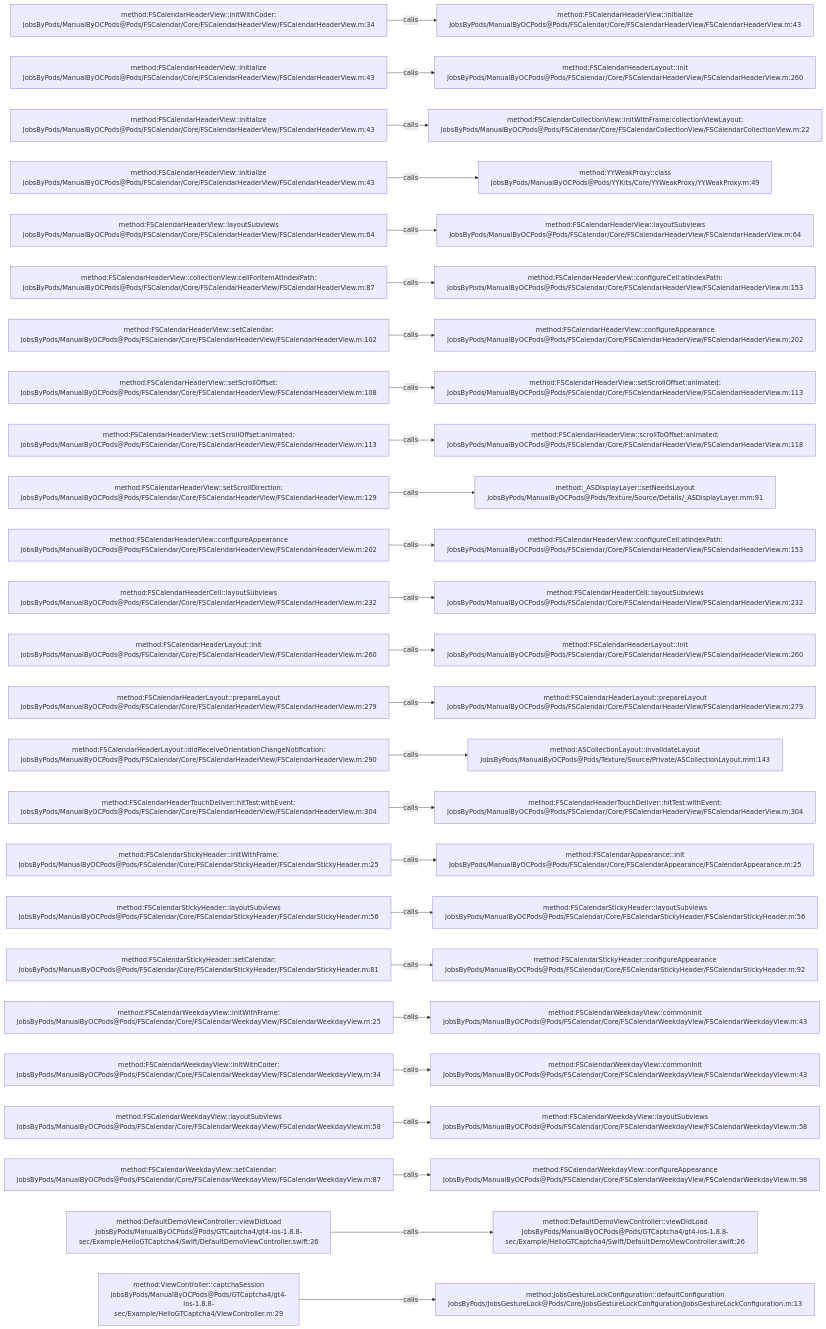
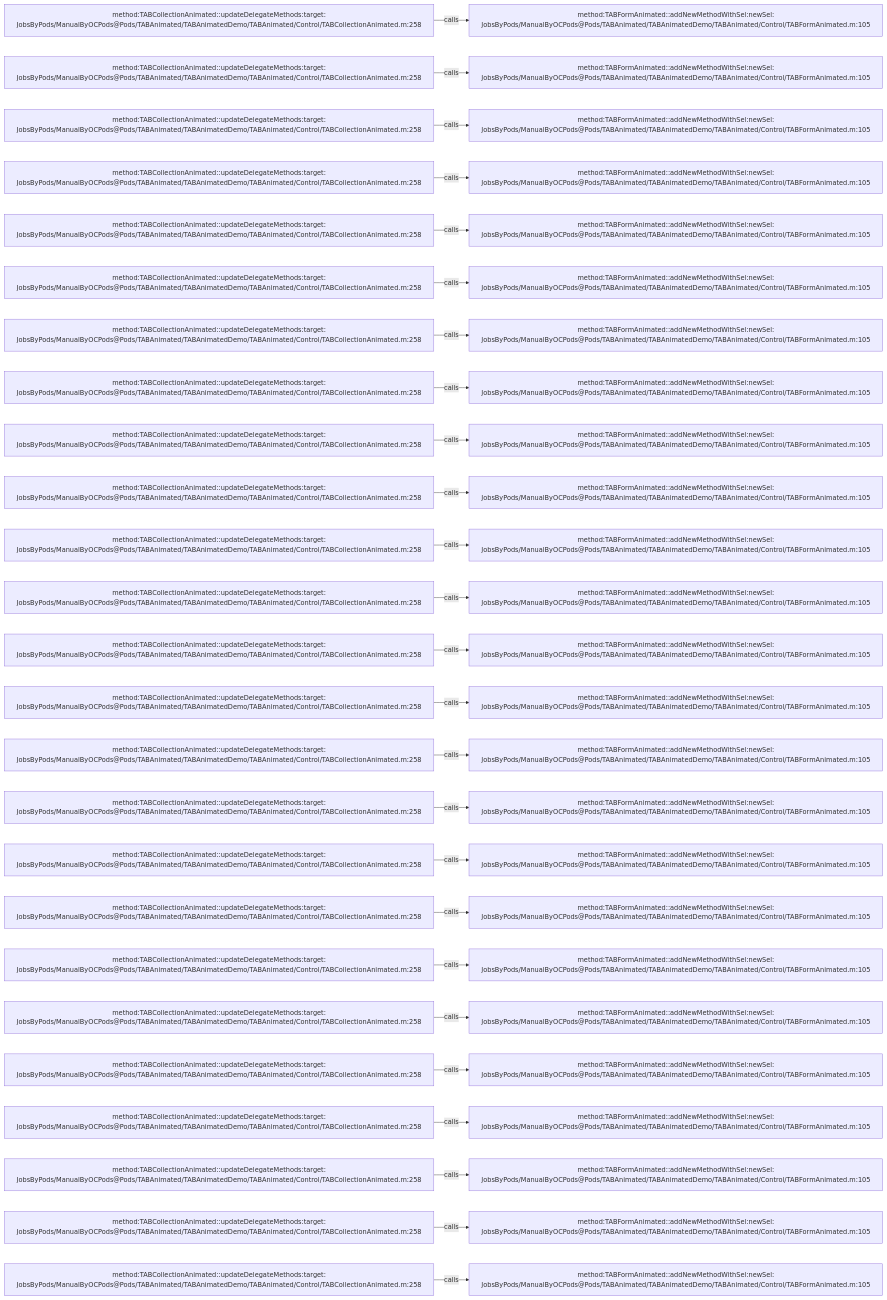
The diagram in .codegraph/codegraph.md/graphs/calls-020.md (JobsKits/JobsOCBaseConfigDemo), drawn with Mermaid before and after one commit. The commit also changed 1353 other files, not shown here.

````diff
--- a/.codegraph/codegraph.md/graphs/calls-020.md
+++ b/.codegraph/codegraph.md/graphs/calls-020.md
@@ -13,78 +13,78 @@
 ```mermaid
 flowchart LR
-  S1["method:FSCalendarHeaderView::initWithCoder:<br/>JobsByPods/ManualByOCPods@Pods/FSCalendar/Core/FSCalendarHeaderView/FSCalendarHeaderView.m:34"]
-  T1["method:FSCalendarHeaderView::initialize<br/>JobsByPods/ManualByOCPods@Pods/FSCalendar/Core/FSCalendarHeaderView/FSCalendarHeaderView.m:43"]
+  S1["method:TABCollectionAnimated::updateDelegateMethods:target:<br/>JobsByPods/ManualByOCPods@Pods/TABAnimated/TABAnimatedDemo/TABAnimated/Control/TABCollectionAnimated.m:258"]
+  T1["method:TABFormAnimated::addNewMethodWithSel:newSel:<br/>JobsByPods/ManualByOCPods@Pods/TABAnimated/TABAnimatedDemo/TABAnimated/Control/TABFormAnimated.m:105"]
   S1 -->|calls| T1
-  S2["method:FSCalendarHeaderView::initialize<br/>JobsByPods/ManualByOCPods@Pods/FSCalendar/Core/FSCalendarHeaderView/FSCalendarHeaderView.m:43"]
-  T2["method:FSCalendarHeaderLayout::init<br/>JobsByPods/ManualByOCPods@Pods/FSCalendar/Core/FSCalendarHeaderView/FSCalendarHeaderView.m:260"]
+  S2["method:TABCollectionAnimated::updateDelegateMethods:target:<br/>JobsByPods/ManualByOCPods@Pods/TABAnimated/TABAnimatedDemo/TABAnimated/Control/TABCollectionAnimated.m:258"]
+  T2["method:TABFormAnimated::addNewMethodWithSel:newSel:<br/>JobsByPods/ManualByOCPods@Pods/TABAnimated/TABAnimatedDemo/TABAnimated/Control/TABFormAnimated.m:105"]
   S2 -->|calls| T2
-  S3["method:FSCalendarHeaderView::initialize<br/>JobsByPods/ManualByOCPods@Pods/FSCalendar/Core/FSCalendarHeaderView/FSCalendarHeaderView.m:43"]
-  T3["method:FSCalendarCollectionView::initWithFrame:collectionViewLayout:<br/>JobsByPods/ManualByOCPods@Pods/FSCalendar/Core/FSCalendarCollectionView/FSCalendarCollectionView.m:22"]
+  S3["method:TABCollectionAnimated::updateDelegateMethods:target:<br/>JobsByPods/ManualByOCPods@Pods/TABAnimated/TABAnimatedDemo/TABAnimated/Control/TABCollectionAnimated.m:258"]
+  T3["method:TABFormAnimated::addNewMethodWithSel:newSel:<br/>JobsByPods/ManualByOCPods@Pods/TABAnimated/TABAnimatedDemo/TABAnimated/Control/TABFormAnimated.m:105"]
   S3 -->|calls| T3
-  S4["method:FSCalendarHeaderView::initialize<br/>JobsByPods/ManualByOCPods@Pods/FSCalendar/Core/FSCalendarHeaderView/FSCalendarHeaderView.m:43"]
-  T4["method:YYWeakProxy::class<br/>JobsByPods/ManualByOCPods@Pods/YYKits/Core/YYWeakProxy/YYWeakProxy.m:49"]
+  S4["method:TABCollectionAnimated::updateDelegateMethods:target:<br/>JobsByPods/ManualByOCPods@Pods/TABAnimated/TABAnimatedDemo/TABAnimated/Control/TABCollectionAnimated.m:258"]
+  T4["method:TABFormAnimated::addNewMethodWithSel:newSel:<br/>JobsByPods/ManualByOCPods@Pods/TABAnimated/TABAnimatedDemo/TABAnimated/Control/TABFormAnimated.m:105"]
   S4 -->|calls| T4
-  S5["method:FSCalendarHeaderView::layoutSubviews<br/>JobsByPods/ManualByOCPods@Pods/FSCalendar/Core/FSCalendarHeaderView/FSCalendarHeaderView.m:64"]
-  T5["method:FSCalendarHeaderView::layoutSubviews<br/>JobsByPods/ManualByOCPods@Pods/FSCalendar/Core/FSCalendarHeaderView/FSCalendarHeaderView.m:64"]
+  S5["method:TABCollectionAnimated::updateDelegateMethods:target:<br/>JobsByPods/ManualByOCPods@Pods/TABAnimated/TABAnimatedDemo/TABAnimated/Control/TABCollectionAnimated.m:258"]
+  T5["method:TABFormAnimated::addNewMethodWithSel:newSel:<br/>JobsByPods/ManualByOCPods@Pods/TABAnimated/TABAnimatedDemo/TABAnimated/Control/TABFormAnimated.m:105"]
   S5 -->|calls| T5
-  S6["method:FSCalendarHeaderView::collectionView:cellForItemAtIndexPath:<br/>JobsByPods/ManualByOCPods@Pods/FSCalendar/Core/FSCalendarHeaderView/FSCalendarHeaderView.m:87"]
-  T6["method:FSCalendarHeaderView::configureCell:atIndexPath:<br/>JobsByPods/ManualByOCPods@Pods/FSCalendar/Core/FSCalendarHeaderView/FSCalendarHeaderView.m:153"]
+  S6["method:TABCollectionAnimated::updateDelegateMethods:target:<br/>JobsByPods/ManualByOCPods@Pods/TABAnimated/TABAnimatedDemo/TABAnimated/Control/TABCollectionAnimated.m:258"]
+  T6["method:TABFormAnimated::addNewMethodWithSel:newSel:<br/>JobsByPods/ManualByOCPods@Pods/TABAnimated/TABAnimatedDemo/TABAnimated/Control/TABFormAnimated.m:105"]
   S6 -->|calls| T6
-  S7["method:FSCalendarHeaderView::setCalendar:<br/>JobsByPods/ManualByOCPods@Pods/FSCalendar/Core/FSCalendarHeaderView/FSCalendarHeaderView.m:102"]
-  T7["method:FSCalendarHeaderView::configureAppearance<br/>JobsByPods/ManualByOCPods@Pods/FSCalendar/Core/FSCalendarHeaderView/FSCalendarHeaderView.m:202"]
+  S7["method:TABCollectionAnimated::updateDelegateMethods:target:<br/>JobsByPods/ManualByOCPods@Pods/TABAnimated/TABAnimatedDemo/TABAnimated/Control/TABCollectionAnimated.m:258"]
+  T7["method:TABFormAnimated::addNewMethodWithSel:newSel:<br/>JobsByPods/ManualByOCPods@Pods/TABAnimated/TABAnimatedDemo/TABAnimated/Control/TABFormAnimated.m:105"]
   S7 -->|calls| T7
-  S8["method:FSCalendarHeaderView::setScrollOffset:<br/>JobsByPods/ManualByOCPods@Pods/FSCalendar/Core/FSCalendarHeaderView/FSCalendarHeaderView.m:108"]
-  T8["method:FSCalendarHeaderView::setScrollOffset:animated:<br/>JobsByPods/ManualByOCPods@Pods/FSCalendar/Core/FSCalendarHeaderView/FSCalendarHeaderView.m:113"]
+  S8["method:TABCollectionAnimated::updateDelegateMethods:target:<br/>JobsByPods/ManualByOCPods@Pods/TABAnimated/TABAnimatedDemo/TABAnimated/Control/TABCollectionAnimated.m:258"]
+  T8["method:TABFormAnimated::addNewMethodWithSel:newSel:<br/>JobsByPods/ManualByOCPods@Pods/TABAnimated/TABAnimatedDemo/TABAnimated/Control/TABFormAnimated.m:105"]
   S8 -->|calls| T8
-  S9["method:FSCalendarHeaderView::setScrollOffset:animated:<br/>JobsByPods/ManualByOCPods@Pods/FSCalendar/Core/FSCalendarHeaderView/FSCalendarHeaderView.m:113"]
-  T9["method:FSCalendarHeaderView::scrollToOffset:animated:<br/>JobsByPods/ManualByOCPods@Pods/FSCalendar/Core/FSCalendarHeaderView/FSCalendarHeaderView.m:118"]
+  S9["method:TABCollectionAnimated::updateDelegateMethods:target:<br/>JobsByPods/ManualByOCPods@Pods/TABAnimated/TABAnimatedDemo/TABAnimated/Control/TABCollectionAnimated.m:258"]
+  T9["method:TABFormAnimated::addNewMethodWithSel:newSel:<br/>JobsByPods/ManualByOCPods@Pods/TABAnimated/TABAnimatedDemo/TABAnimated/Control/TABFormAnimated.m:105"]
   S9 -->|calls| T9
-  S10["method:FSCalendarHeaderView::setScrollDirection:<br/>JobsByPods/ManualByOCPods@Pods/FSCalendar/Core/FSCalendarHeaderView/FSCalendarHeaderView.m:129"]
-  T10["method:_ASDisplayLayer::setNeedsLayout<br/>JobsByPods/ManualByOCPods@Pods/Texture/Source/Details/_ASDisplayLayer.mm:91"]
+  S10["method:TABCollectionAnimated::updateDelegateMethods:target:<br/>JobsByPods/ManualByOCPods@Pods/TABAnimated/TABAnimatedDemo/TABAnimated/Control/TABCollectionAnimated.m:258"]
+  T10["method:TABFormAnimated::addNewMethodWithSel:newSel:<br/>JobsByPods/ManualByOCPods@Pods/TABAnimated/TABAnimatedDemo/TABAnimated/Control/TABFormAnimated.m:105"]
   S10 -->|calls| T10
-  S11["method:FSCalendarHeaderView::configureAppearance<br/>JobsByPods/ManualByOCPods@Pods/FSCalendar/Core/FSCalendarHeaderView/FSCalendarHeaderView.m:202"]
-  T11["method:FSCalendarHeaderView::configureCell:atIndexPath:<br/>JobsByPods/ManualByOCPods@Pods/FSCalendar/Core/FSCalendarHeaderView/FSCalendarHeaderView.m:153"]
+  S11["method:TABCollectionAnimated::updateDelegateMethods:target:<br/>JobsByPods/ManualByOCPods@Pods/TABAnimated/TABAnimatedDemo/TABAnimated/Control/TABCollectionAnimated.m:258"]
+  T11["method:TABFormAnimated::addNewMethodWithSel:newSel:<br/>JobsByPods/ManualByOCPods@Pods/TABAnimated/TABAnimatedDemo/TABAnimated/Control/TABFormAnimated.m:105"]
   S11 -->|calls| T11
-  S12["method:FSCalendarHeaderCell::layoutSubviews<br/>JobsByPods/ManualByOCPods@Pods/FSCalendar/Core/FSCalendarHeaderView/FSCalendarHeaderView.m:232"]
-  T12["method:FSCalendarHeaderCell::layoutSubviews<br/>JobsByPods/ManualByOCPods@Pods/FSCalendar/Core/FSCalendarHeaderView/FSCalendarHeaderView.m:232"]
+  S12["method:TABCollectionAnimated::updateDelegateMethods:target:<br/>JobsByPods/ManualByOCPods@Pods/TABAnimated/TABAnimatedDemo/TABAnimated/Control/TABCollectionAnimated.m:258"]
+  T12["method:TABFormAnimated::addNewMethodWithSel:newSel:<br/>JobsByPods/ManualByOCPods@Pods/TABAnimated/TABAnimatedDemo/TABAnimated/Control/TABFormAnimated.m:105"]
   S12 -->|calls| T12
-  S13["method:FSCalendarHeaderLayout::init<br/>JobsByPods/ManualByOCPods@Pods/FSCalendar/Core/FSCalendarHeaderView/FSCalendarHeaderView.m:260"]
-  T13["method:FSCalendarHeaderLayout::init<br/>JobsByPods/ManualByOCPods@Pods/FSCalendar/Core/FSCalendarHeaderView/FSCalendarHeaderView.m:260"]
+  S13["method:TABCollectionAnimated::updateDelegateMethods:target:<br/>JobsByPods/ManualByOCPods@Pods/TABAnimated/TABAnimatedDemo/TABAnimated/Control/TABCollectionAnimated.m:258"]
+  T13["method:TABFormAnimated::addNewMethodWithSel:newSel:<br/>JobsByPods/ManualByOCPods@Pods/TABAnimated/TABAnimatedDemo/TABAnimated/Control/TABFormAnimated.m:105"]
   S13 -->|calls| T13
-  S14["method:FSCalendarHeaderLayout::prepareLayout<br/>JobsByPods/ManualByOCPods@Pods/FSCalendar/Core/FSCalendarHeaderView/FSCalendarHeaderView.m:279"]
-  T14["method:FSCalendarHeaderLayout::prepareLayout<br/>JobsByPods/ManualByOCPods@Pods/FSCalendar/Core/FSCalendarHeaderView/FSCalendarHeaderView.m:279"]
+  S14["method:TABCollectionAnimated::updateDelegateMethods:target:<br/>JobsByPods/ManualByOCPods@Pods/TABAnimated/TABAnimatedDemo/TABAnimated/Control/TABCollectionAnimated.m:258"]
+  T14["method:TABFormAnimated::addNewMethodWithSel:newSel:<br/>JobsByPods/ManualByOCPods@Pods/TABAnimated/TABAnimatedDemo/TABAnimated/Control/TABFormAnimated.m:105"]
   S14 -->|calls| T14
-  S15["method:FSCalendarHeaderLayout::didReceiveOrientationChangeNotification:<br/>JobsByPods/ManualByOCPods@Pods/FSCalendar/Core/FSCalendarHeaderView/FSCalendarHeaderView.m:290"]
-  T15["method:ASCollectionLayout::invalidateLayout<br/>JobsByPods/ManualByOCPods@Pods/Texture/Source/Private/ASCollectionLayout.mm:143"]
+  S15["method:TABCollectionAnimated::updateDelegateMethods:target:<br/>JobsByPods/ManualByOCPods@Pods/TABAnimated/TABAnimatedDemo/TABAnimated/Control/TABCollectionAnimated.m:258"]
+  T15["method:TABFormAnimated::addNewMethodWithSel:newSel:<br/>JobsByPods/ManualByOCPods@Pods/TABAnimated/TABAnimatedDemo/TABAnimated/Control/TABFormAnimated.m:105"]
   S15 -->|calls| T15
-  S16["method:FSCalendarHeaderTouchDeliver::hitTest:withEvent:<br/>JobsByPods/ManualByOCPods@Pods/FSCalendar/Core/FSCalendarHeaderView/FSCalendarHeaderView.m:304"]
-  T16["method:FSCalendarHeaderTouchDeliver::hitTest:withEvent:<br/>JobsByPods/ManualByOCPods@Pods/FSCalendar/Core/FSCalendarHeaderView/FSCalendarHeaderView.m:304"]
+  S16["method:TABCollectionAnimated::updateDelegateMethods:target:<br/>JobsByPods/ManualByOCPods@Pods/TABAnimated/TABAnimatedDemo/TABAnimated/Control/TABCollectionAnimated.m:258"]
+  T16["method:TABFormAnimated::addNewMethodWithSel:newSel:<br/>JobsByPods/ManualByOCPods@Pods/TABAnimated/TABAnimatedDemo/TABAnimated/Control/TABFormAnimated.m:105"]
   S16 -->|calls| T16
-  S17["method:FSCalendarStickyHeader::initWithFrame:<br/>JobsByPods/ManualByOCPods@Pods/FSCalendar/Core/FSCalendarStickyHeader/FSCalendarStickyHeader.m:25"]
-  T17["method:FSCalendarAppearance::init<br/>JobsByPods/ManualByOCPods@Pods/FSCalendar/Core/FSCalendarAppearance/FSCalendarAppearance.m:25"]
+  S17["method:TABCollectionAnimated::updateDelegateMethods:target:<br/>JobsByPods/ManualByOCPods@Pods/TABAnimated/TABAnimatedDemo/TABAnimated/Control/TABCollectionAnimated.m:258"]
+  T17["method:TABFormAnimated::addNewMethodWithSel:newSel:<br/>JobsByPods/ManualByOCPods@Pods/TABAnimated/TABAnimatedDemo/TABAnimated/Control/TABFormAnimated.m:105"]
   S17 -->|calls| T17
-  S18["method:FSCalendarStickyHeader::layoutSubviews<br/>JobsByPods/ManualByOCPods@Pods/FSCalendar/Core/FSCalendarStickyHeader/FSCalendarStickyHeader.m:56"]
-  T18["method:FSCalendarStickyHeader::layoutSubviews<br/>JobsByPods/ManualByOCPods@Pods/FSCalendar/Core/FSCalendarStickyHeader/FSCalendarStickyHeader.m:56"]
+  S18["method:TABCollectionAnimated::updateDelegateMethods:target:<br/>JobsByPods/ManualByOCPods@Pods/TABAnimated/TABAnimatedDemo/TABAnimated/Control/TABCollectionAnimated.m:258"]
+  T18["method:TABFormAnimated::addNewMethodWithSel:newSel:<br/>JobsByPods/ManualByOCPods@Pods/TABAnimated/TABAnimatedDemo/TABAnimated/Control/TABFormAnimated.m:105"]
   S18 -->|calls| T18
-  S19["method:FSCalendarStickyHeader::setCalendar:<br/>JobsByPods/ManualByOCPods@Pods/FSCalendar/Core/FSCalendarStickyHeader/FSCalendarStickyHeader.m:81"]
-  T19["method:FSCalendarStickyHeader::configureAppearance<br/>JobsByPods/ManualByOCPods@Pods/FSCalendar/Core/FSCalendarStickyHeader/FSCalendarStickyHeader.m:92"]
+  S19["method:TABCollectionAnimated::updateDelegateMethods:target:<br/>JobsByPods/ManualByOCPods@Pods/TABAnimated/TABAnimatedDemo/TABAnimated/Control/TABCollectionAnimated.m:258"]
+  T19["method:TABFormAnimated::addNewMethodWithSel:newSel:<br/>JobsByPods/ManualByOCPods@Pods/TABAnimated/TABAnimatedDemo/TABAnimated/Control/TABFormAnimated.m:105"]
   S19 -->|calls| T19
-  S20["method:FSCalendarWeekdayView::initWithFrame:<br/>JobsByPods/ManualByOCPods@Pods/FSCalendar/Core/FSCalendarWeekdayView/FSCalendarWeekdayView.m:25"]
-  T20["method:FSCalendarWeekdayView::commonInit<br/>JobsByPods/ManualByOCPods@Pods/FSCalendar/Core/FSCalendarWeekdayView/FSCalendarWeekdayView.m:43"]
+  S20["method:TABCollectionAnimated::updateDelegateMethods:target:<br/>JobsByPods/ManualByOCPods@Pods/TABAnimated/TABAnimatedDemo/TABAnimated/Control/TABCollectionAnimated.m:258"]
+  T20["method:TABFormAnimated::addNewMethodWithSel:newSel:<br/>JobsByPods/ManualByOCPods@Pods/TABAnimated/TABAnimatedDemo/TABAnimated/Control/TABFormAnimated.m:105"]
   S20 -->|calls| T20
-  S21["method:FSCalendarWeekdayView::initWithCoder:<br/>JobsByPods/ManualByOCPods@Pods/FSCalendar/Core/FSCalendarWeekdayView/FSCalendarWeekdayView.m:34"]
-  T21["method:FSCalendarWeekdayView::commonInit<br/>JobsByPods/ManualByOCPods@Pods/FSCalendar/Core/FSCalendarWeekdayView/FSCalendarWeekdayView.m:43"]
+  S21["method:TABCollectionAnimated::updateDelegateMethods:target:<br/>JobsByPods/ManualByOCPods@Pods/TABAnimated/TABAnimatedDemo/TABAnimated/Control/TABCollectionAnimated.m:258"]
+  T21["method:TABFormAnimated::addNewMethodWithSel:newSel:<br/>JobsByPods/ManualByOCPods@Pods/TABAnimated/TABAnimatedDemo/TABAnimated/Control/TABFormAnimated.m:105"]
   S21 -->|calls| T21
-  S22["method:FSCalendarWeekdayView::layoutSubviews<br/>JobsByPods/ManualByOCPods@Pods/FSCalendar/Core/FSCalendarWeekdayView/FSCalendarWeekdayView.m:58"]
-  T22["method:FSCalendarWeekdayView::layoutSubviews<br/>JobsByPods/ManualByOCPods@Pods/FSCalendar/Core/FSCalendarWeekdayView/FSCalendarWeekdayView.m:58"]
+  S22["method:TABCollectionAnimated::updateDelegateMethods:target:<br/>JobsByPods/ManualByOCPods@Pods/TABAnimated/TABAnimatedDemo/TABAnimated/Control/TABCollectionAnimated.m:258"]
+  T22["method:TABFormAnimated::addNewMethodWithSel:newSel:<br/>JobsByPods/ManualByOCPods@Pods/TABAnimated/TABAnimatedDemo/TABAnimated/Control/TABFormAnimated.m:105"]
   S22 -->|calls| T22
-  S23["method:FSCalendarWeekdayView::setCalendar:<br/>JobsByPods/ManualByOCPods@Pods/FSCalendar/Core/FSCalendarWeekdayView/FSCalendarWeekdayView.m:87"]
-  T23["method:FSCalendarWeekdayView::configureAppearance<br/>JobsByPods/ManualByOCPods@Pods/FSCalendar/Core/FSCalendarWeekdayView/FSCalendarWeekdayView.m:98"]
+  S23["method:TABCollectionAnimated::updateDelegateMethods:target:<br/>JobsByPods/ManualByOCPods@Pods/TABAnimated/TABAnimatedDemo/TABAnimated/Control/TABCollectionAnimated.m:258"]
+  T23["method:TABFormAnimated::addNewMethodWithSel:newSel:<br/>JobsByPods/ManualByOCPods@Pods/TABAnimated/TABAnimatedDemo/TABAnimated/Control/TABFormAnimated.m:105"]
   S23 -->|calls| T23
-  S24["method:DefaultDemoViewController::viewDidLoad<br/>JobsByPods/ManualByOCPods@Pods/GTCaptcha4/gt4-ios-1.8.8-sec/Example/HelloGTCaptcha4/Swift/DefaultDemoViewController.swift:26"]
-  T24["method:DefaultDemoViewController::viewDidLoad<br/>JobsByPods/ManualByOCPods@Pods/GTCaptcha4/gt4-ios-1.8.8-sec/Example/HelloGTCaptcha4/Swift/DefaultDemoViewController.swift:26"]
+  S24["method:TABCollectionAnimated::updateDelegateMethods:target:<br/>JobsByPods/ManualByOCPods@Pods/TABAnimated/TABAnimatedDemo/TABAnimated/Control/TABCollectionAnimated.m:258"]
+  T24["method:TABFormAnimated::addNewMethodWithSel:newSel:<br/>JobsByPods/ManualByOCPods@Pods/TABAnimated/TABAnimatedDemo/TABAnimated/Control/TABFormAnimated.m:105"]
   S24 -->|calls| T24
-  S25["method:ViewController::captchaSession<br/>JobsByPods/ManualByOCPods@Pods/GTCaptcha4/gt4-ios-1.8.8-sec/Example/HelloGTCaptcha4/ViewController.m:29"]
-  T25["method:JobsGestureLockConfiguration::defaultConfiguration<br/>JobsByPods/JobsGestureLock@Pods/Core/JobsGestureLockConfiguration/JobsGestureLockConfiguration.m:13"]
+  S25["method:TABCollectionAnimated::updateDelegateMethods:target:<br/>JobsByPods/ManualByOCPods@Pods/TABAnimated/TABAnimatedDemo/TABAnimated/Control/TABCollectionAnimated.m:258"]
+  T25["method:TABFormAnimated::addNewMethodWithSel:newSel:<br/>JobsByPods/ManualByOCPods@Pods/TABAnimated/TABAnimatedDemo/TABAnimated/Control/TABFormAnimated.m:105"]
   S25 -->|calls| T25
 ```
````
